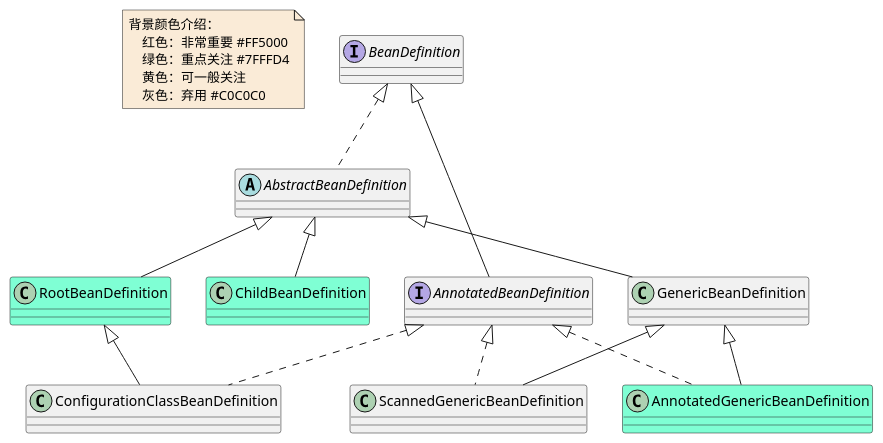
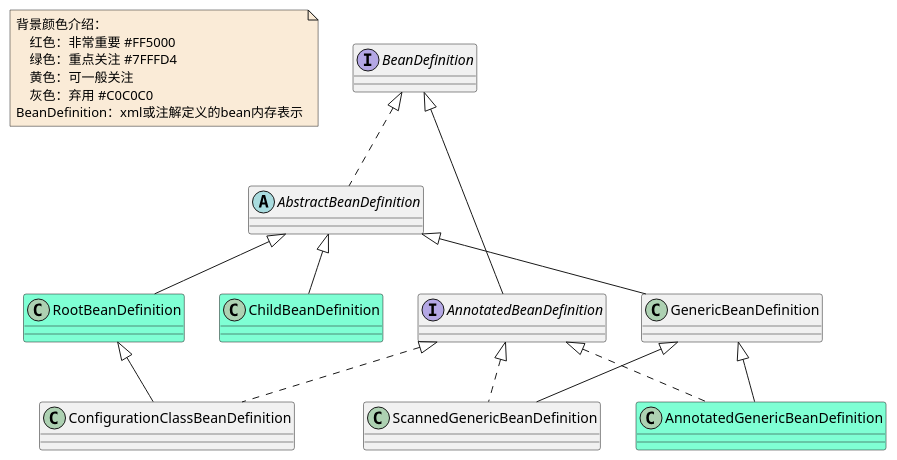
One commit to czwer/learn-spring-code changed the diagram in document/spring/base/class/Bean-BeanDefinition-class.puml. Above: the diagram before and after it, drawn with PlantUML. The commit also changed 26 other files, not shown here.

```diff
--- a/document/spring/base/class/Bean-BeanDefinition-class.puml
+++ b/document/spring/base/class/Bean-BeanDefinition-class.puml
@@ -1,43 +1,44 @@
 @startuml
 
 note  as N1 #FAEBD7
     背景颜色介绍：
         红色：非常重要 #FF5000
         绿色：重点关注 #7FFFD4
         黄色：可一般关注
         灰色：弃用 #C0C0C0
+    BeanDefinition：xml或注解定义的bean内存表示
 end note
 
 
 interface BeanDefinition
 abstract class AbstractBeanDefinition
 interface AnnotatedBeanDefinition
 class AnnotatedGenericBeanDefinition #7FFFD4
 class ChildBeanDefinition #7FFFD4
 class ConfigurationClassBeanDefinition
 class RootBeanDefinition #7FFFD4
 class ScannedGenericBeanDefinition
 
 
 
 AbstractBeanDefinition <|-- ChildBeanDefinition
 AbstractBeanDefinition <|-- GenericBeanDefinition
 AbstractBeanDefinition <|-- RootBeanDefinition
 
 
 AnnotatedBeanDefinition <|.. AnnotatedGenericBeanDefinition
 AnnotatedBeanDefinition <|.. ConfigurationClassBeanDefinition
 AnnotatedBeanDefinition <|.. ScannedGenericBeanDefinition
 
 BeanDefinition <|.. AbstractBeanDefinition
 BeanDefinition <|-- AnnotatedBeanDefinition
 
 GenericBeanDefinition <|-- AnnotatedGenericBeanDefinition
 GenericBeanDefinition <|-- ScannedGenericBeanDefinition
 
 
 RootBeanDefinition <|-- ConfigurationClassBeanDefinition
 
 
 
 @enduml
```
